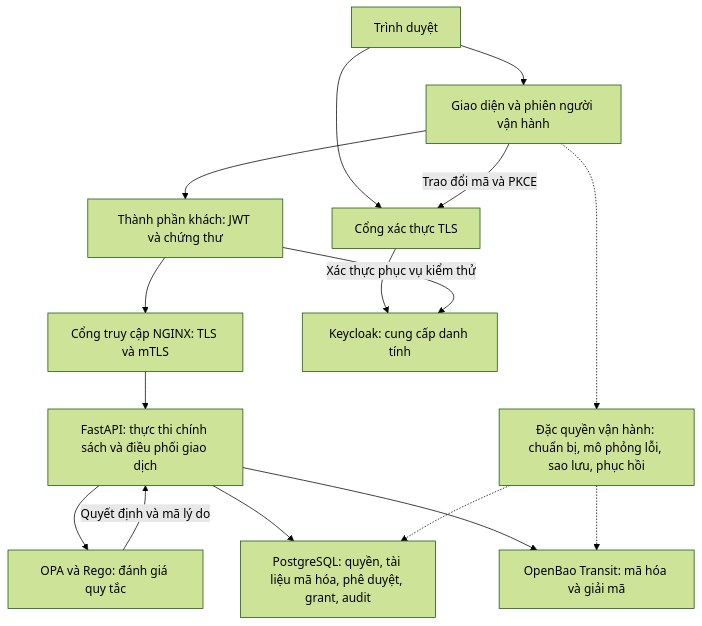
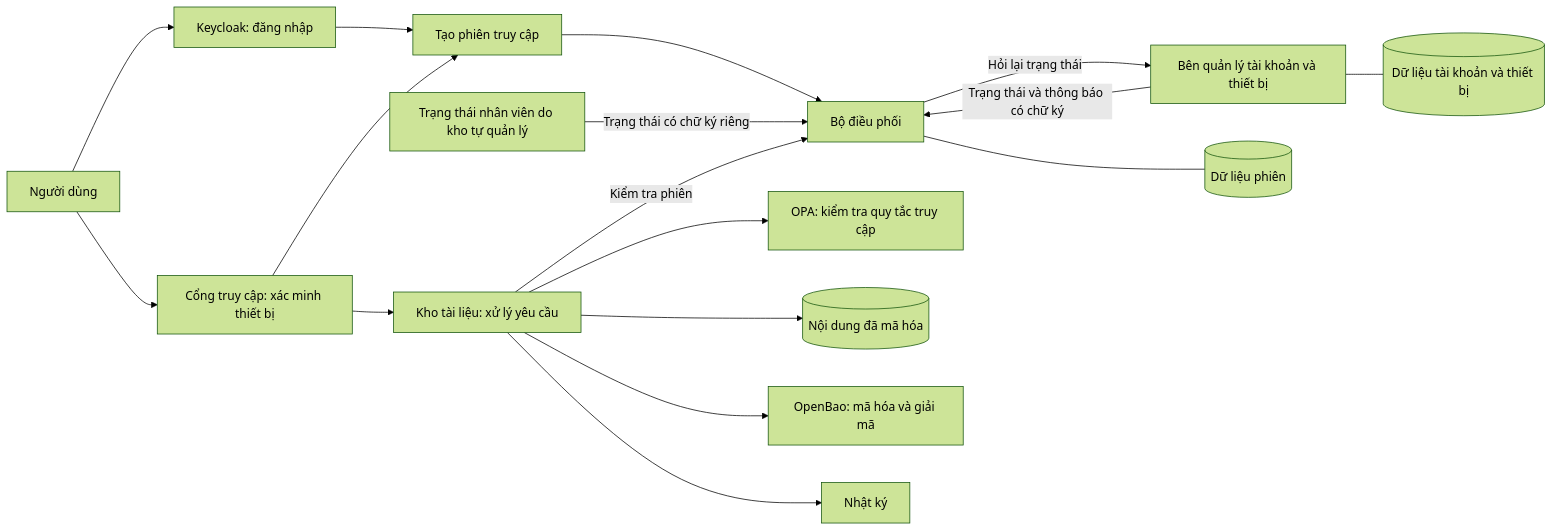
The first of 2 diagrams in docs/architecture.md (minhminh05mm/btl_bao_mat_Du_lieu), drawn with Mermaid (forest theme) before and after one commit. The commit also changed other lines of this file and 236 other files, not shown here.

Commit message:
Update coordinated access architecture, current demo and report; organize documentation

````diff
--- a/docs/architecture.md
+++ b/docs/architecture.md
@@ -11,18 +17,19 @@
 ```mermaid
-flowchart TB
-    B[Trình duyệt] --> C[Giao diện và phiên người vận hành]
-    C --> L[Thành phần khách: JWT và chứng thư]
-    L --> G[Cổng truy cập NGINX: TLS và mTLS]
-    G --> P[FastAPI: thực thi chính sách và điều phối giao dịch]
-    P --> O[OPA và Rego: đánh giá quy tắc]
-    O -->|Quyết định và mã lý do| P
-    P --> D[PostgreSQL: quyền, tài liệu mã hóa, phê duyệt, grant, audit]
-    P --> K[OpenBao Transit: mã hóa và giải mã]
-    B --> A[Cổng xác thực TLS]
-    C -->|Trao đổi mã và PKCE| A
-    A --> I[Keycloak: cung cấp danh tính]
-    L -->|Xác thực phục vụ kiểm thử| I
-    C -.-> X[Đặc quyền vận hành: chuẩn bị, mô phỏng lỗi, sao lưu, phục hồi]
-    X -.-> D
-    X -.-> K
+flowchart LR
+  person[Người dùng] --> login[Keycloak: đăng nhập]
+  person --> gateway[Cổng truy cập: xác minh thiết bị]
+  login --> create[Tạo phiên truy cập]
+  gateway --> create
+  create --> coordinator[Bộ điều phối]
+  accounts[Bên quản lý tài khoản và thiết bị] -->|Trạng thái và thông báo có chữ ký| coordinator
+  coordinator -->|Hỏi lại trạng thái| accounts
+  local[Trạng thái nhân viên do kho tự quản lý] -->|Trạng thái có chữ ký riêng| coordinator
+  gateway --> repository[Kho tài liệu: xử lý yêu cầu]
+  repository -->|Kiểm tra phiên| coordinator
+  repository --> policy[OPA: kiểm tra quy tắc truy cập]
+  repository --> encrypted[(Nội dung đã mã hóa)]
+  repository --> keys[OpenBao: mã hóa và giải mã]
+  repository --> audit[Nhật ký]
+  accounts --- accountdb[(Dữ liệu tài khoản và thiết bị)]
+  coordinator --- sessiondb[(Dữ liệu phiên)]
 ```
````
